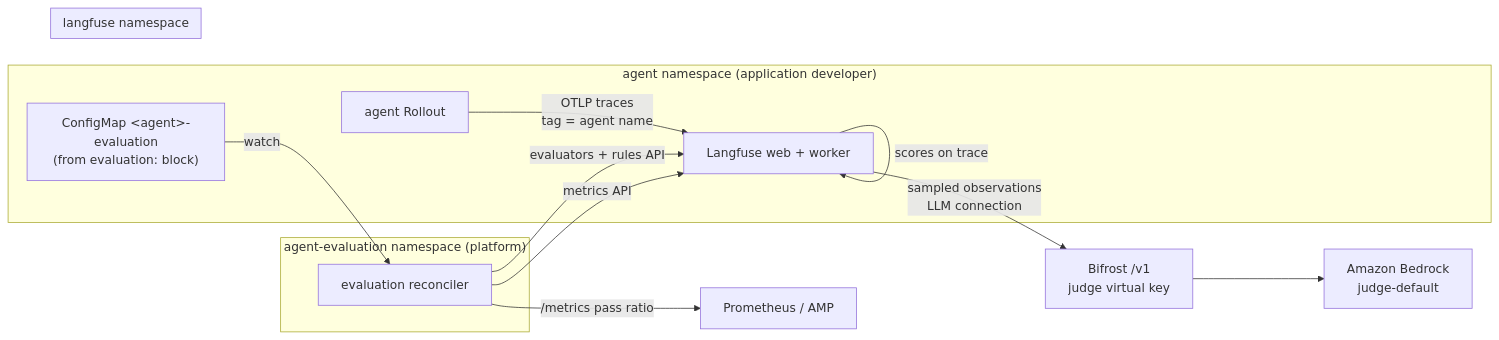
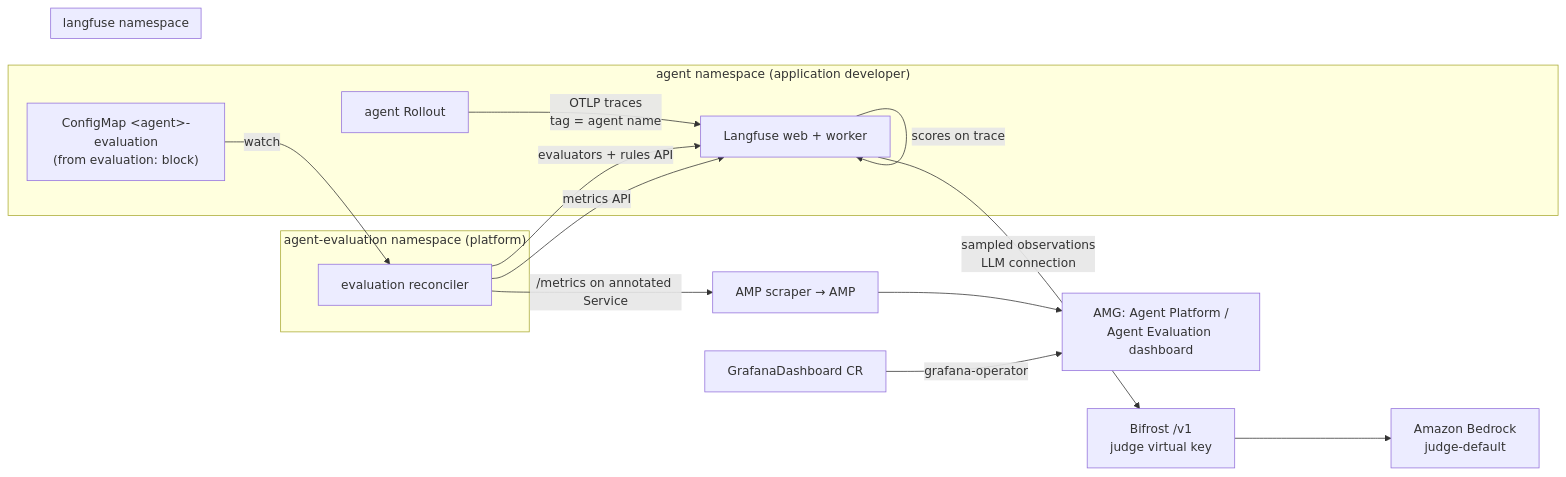
Before and after one commit to awslabs/open-agentic-platform: the second of 2 diagrams in docs/architecture/agent-evaluation.md, drawn with Mermaid. The commit also changed other lines of this file, not shown here.

Commit message:
docs(architecture): design Grafana dashboards for per-agent evaluation reports

````diff
--- a/docs/architecture/agent-evaluation.md
+++ b/docs/architecture/agent-evaluation.md
@@ -501,21 +663,23 @@
 ```mermaid
 flowchart LR
   subgraph NS["agent namespace (application developer)"]
     A["agent Rollout"] -- "OTLP traces<br/>tag = agent name" --> LF
     CM["ConfigMap &lt;agent&gt;-evaluation<br/>(from evaluation: block)"]
   end
   subgraph EV["agent-evaluation namespace (platform)"]
     R["evaluation reconciler"]
   end
   subgraph LFN["langfuse namespace"]
     LF["Langfuse web + worker"]
   end
   BF["Bifrost /v1<br/>judge virtual key"]
   CM -- "watch" --> R
   R -- "evaluators + rules API" --> LF
   LF -- "sampled observations<br/>LLM connection" --> BF
   BF --> BR["Amazon Bedrock<br/>judge-default"]
   LF -- "scores on trace" --> LF
   R -- "metrics API" --> LF
-  R -- "/metrics pass ratio" --> M["Prometheus / AMP"]
+  R -- "/metrics on annotated Service" --> M["AMP scraper → AMP"]
+  M --> G["AMG: Agent Platform /<br/>Agent Evaluation dashboard"]
+  GD["GrafanaDashboard CR"] -- "grafana-operator" --> G
 ```
````
